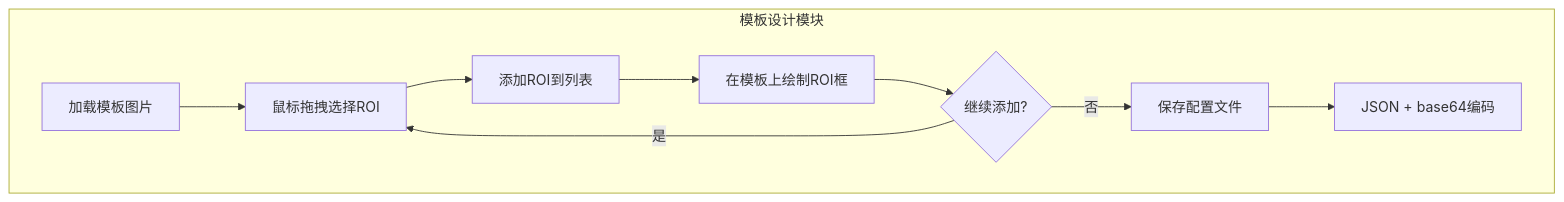
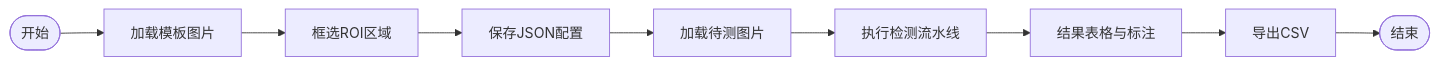
One commit to ggsmida1/CV_Project changed the first of 11 diagrams in docs/期末大作业报告.md. Above: the diagram before and after it, drawn with Mermaid. The commit also changed other lines of this file, not shown here.

````diff
--- a/docs/期末大作业报告.md
+++ b/docs/期末大作业报告.md
@@ -19,12 +72,11 @@
 ```mermaid
-graph TD
-    subgraph 模板设计模块
-        A[加载模板图片] --> B[鼠标拖拽选择ROI]
-        B --> C[添加ROI到列表]
-        C --> D[在模板上绘制ROI框]
-        D --> E{继续添加?}
-        E -->|是| B
-        E -->|否| F[保存配置文件]
-        F --> G[JSON + base64编码]
-    end
+graph LR
+    S([开始]) --> A[加载模板图片]
+    A --> B[框选ROI区域]
+    B --> C[保存JSON配置]
+    C --> D[加载待测图片]
+    D --> E[执行检测流水线]
+    E --> F[结果表格与标注]
+    F --> G[导出CSV]
+    G --> H([结束])
 ```
````
